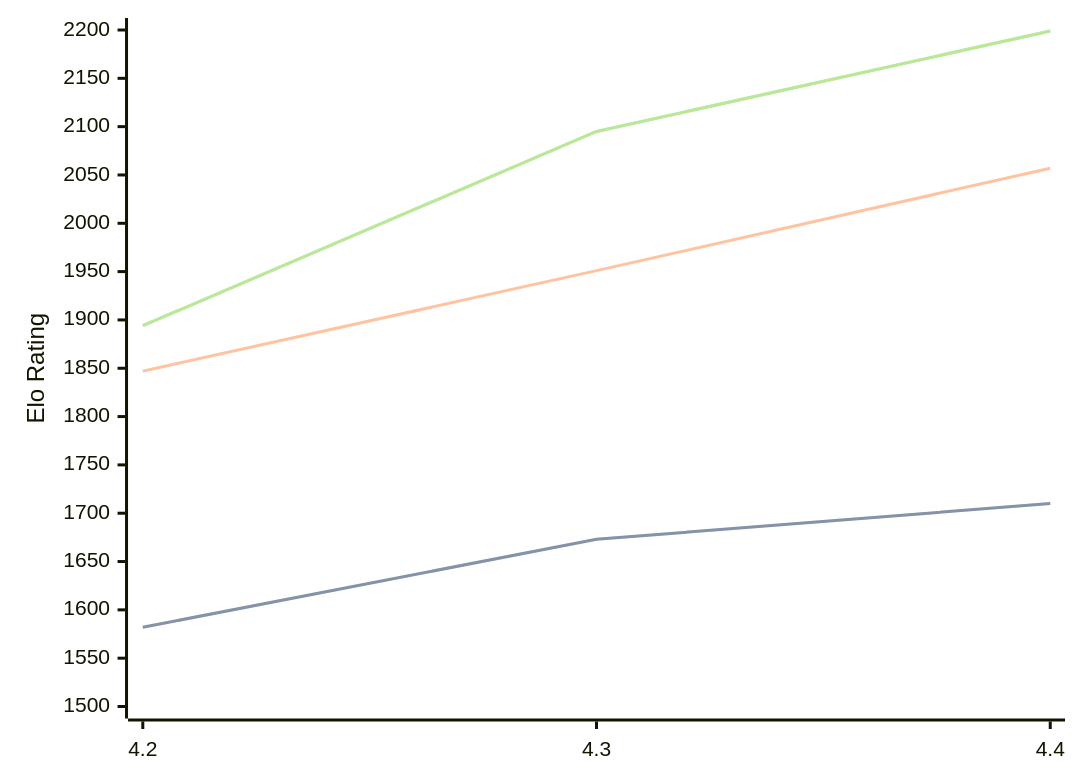
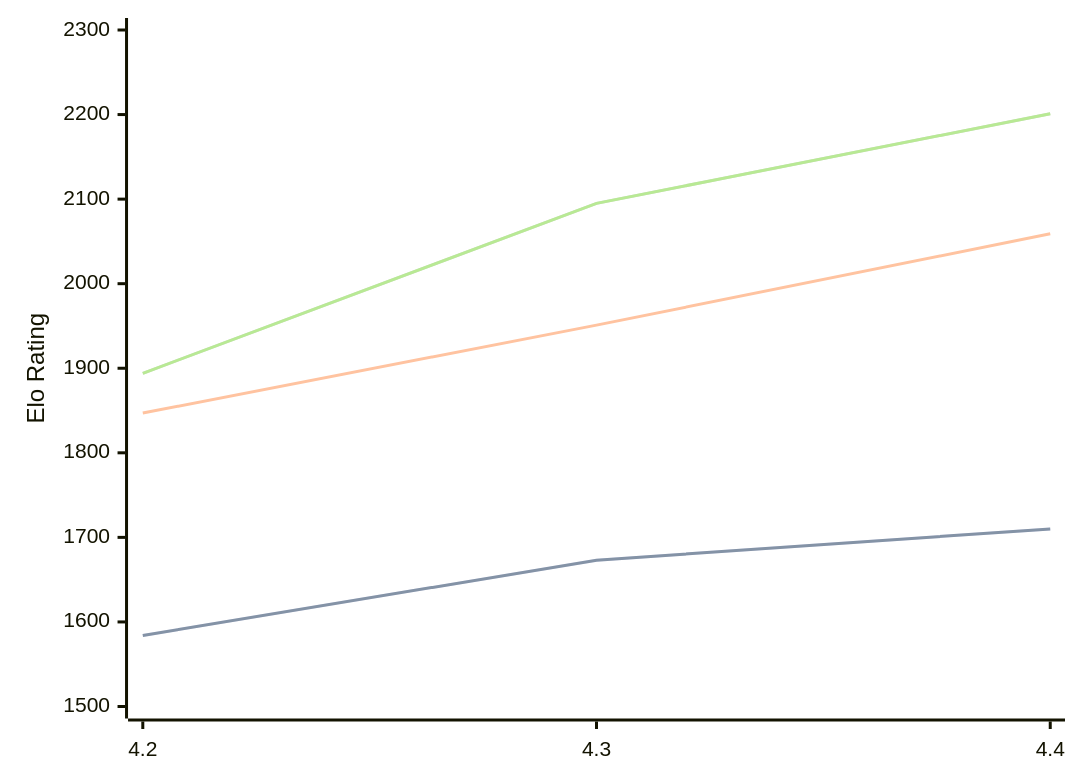
One commit to computer-chess-index/cci changed the diagram in engines/Radiance.md. Above: the diagram before and after it, drawn with Mermaid. The commit also changed other lines of this file, not shown here.

Commit message:
Update CCI Ratings (ELO VLTC) - 2026-08-23

````diff
--- a/engines/Radiance.md
+++ b/engines/Radiance.md
@@ -33,11 +33,11 @@
 ```mermaid
 %%{init: {"theme":"base","themeVariables":{"seriesColors:['#a3a3a3','#222221','#faa371']}}}%%
 xychart-beta
   x-axis ["4.2", "4.3", "4.4"]
-  y-axis "Elo Rating" 1500 --> 2200
-  line "STC (8.0+0.08s)" [1582, 1673, 1710]
-  line "STC (8.0+0.08s)" [1582, 1673, 1710]
-  line "LTC (60.0+0.60s)" [1847, 1951, 2057]
-  line "VLTC (2m24s+1.12s)" [1894, 2095, 2199]
-  line "VLTC (2m24s+1.12s)" [1894, 2095, 2199]
+  y-axis "Elo Rating" 1500 --> 2300
+  line "STC (8.0+0.08s)" [1584, 1673, 1710]
+  line "STC (8.0+0.08s)" [1584, 1673, 1710]
+  line "LTC (60.0+0.60s)" [1847, 1951, 2059]
+  line "VLTC (2m24s+1.12s)" [1894, 2095, 2201]
+  line "VLTC (2m24s+1.12s)" [1894, 2095, 2201]
 ```
````
